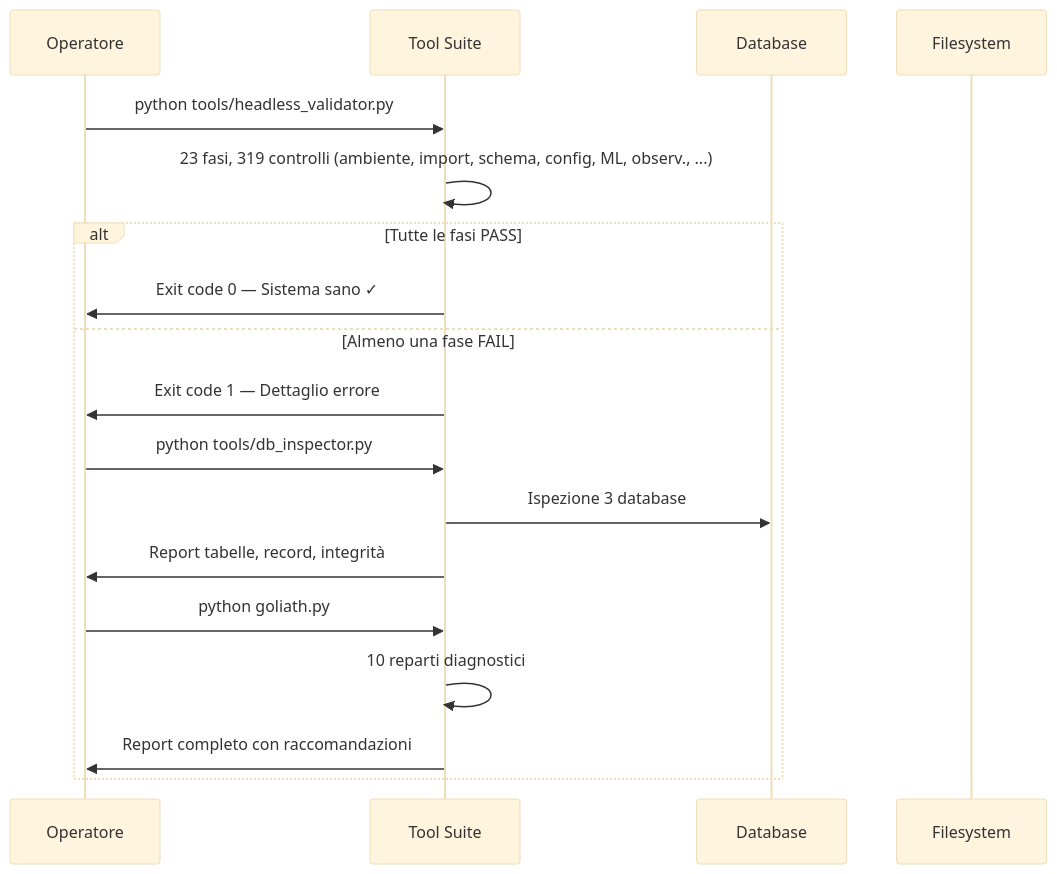
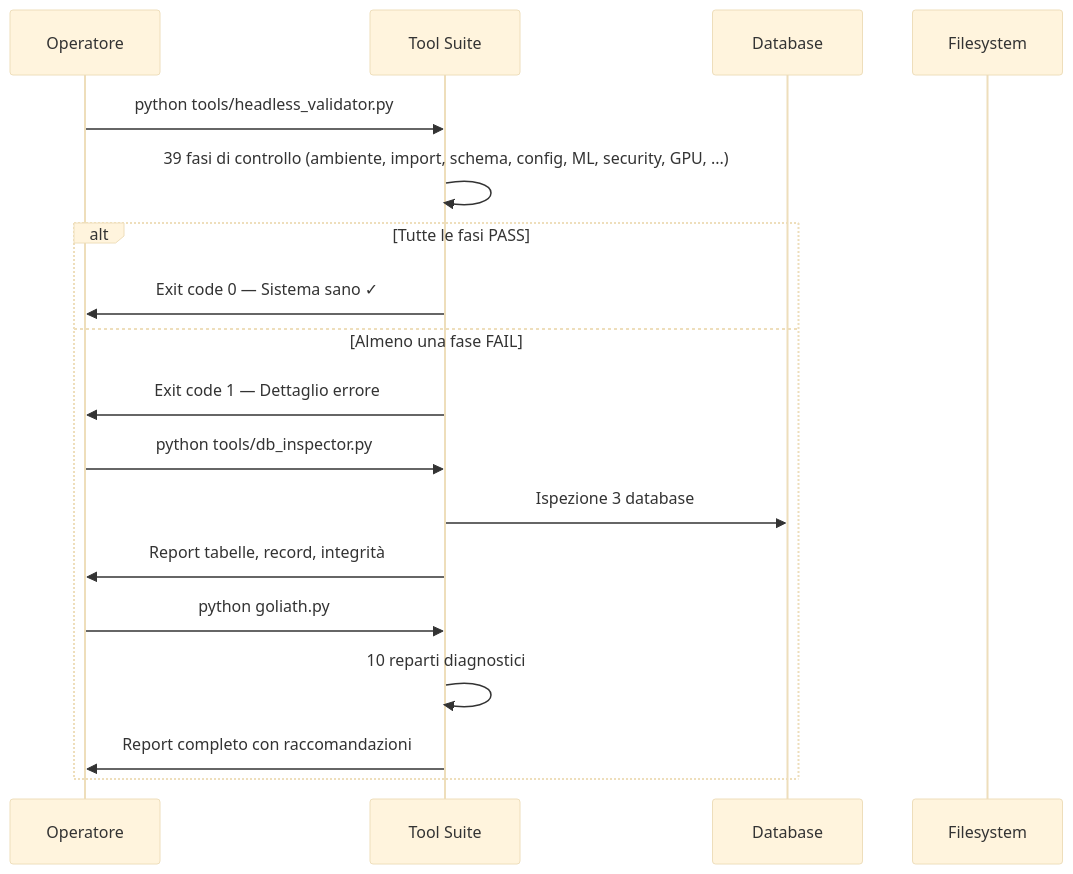
Diagram 37 of 52 in docs/books/Book-Coach-3.md (renanaugustomacena-ux/Counter-Strike-coach-AI), drawn with Mermaid (base theme) before and after one commit. The commit also changed other lines of this file and 4 other files, not shown here.

````diff
--- a/docs/books/Book-Coach-3.md
+++ b/docs/books/Book-Coach-3.md
@@ -1981,21 +1993,21 @@
 ```mermaid
 sequenceDiagram
     participant OP as Operatore
     participant TOOL as Tool Suite
     participant DB as Database
     participant FS as Filesystem
 
     OP->>TOOL: python tools/headless_validator.py
-    TOOL->>TOOL: 23 fasi, 319 controlli (ambiente, import, schema, config, ML, observ., ...)
+    TOOL->>TOOL: 39 fasi di controllo (ambiente, import, schema, config, ML, security, GPU, ...)
     alt Tutte le fasi PASS
         TOOL->>OP: Exit code 0 — Sistema sano ✓
     else Almeno una fase FAIL
         TOOL->>OP: Exit code 1 — Dettaglio errore
         OP->>TOOL: python tools/db_inspector.py
         TOOL->>DB: Ispezione 3 database
         TOOL->>OP: Report tabelle, record, integrità
         OP->>TOOL: python goliath.py
         TOOL->>TOOL: 10 reparti diagnostici
         TOOL->>OP: Report completo con raccomandazioni
     end
 ```
````
